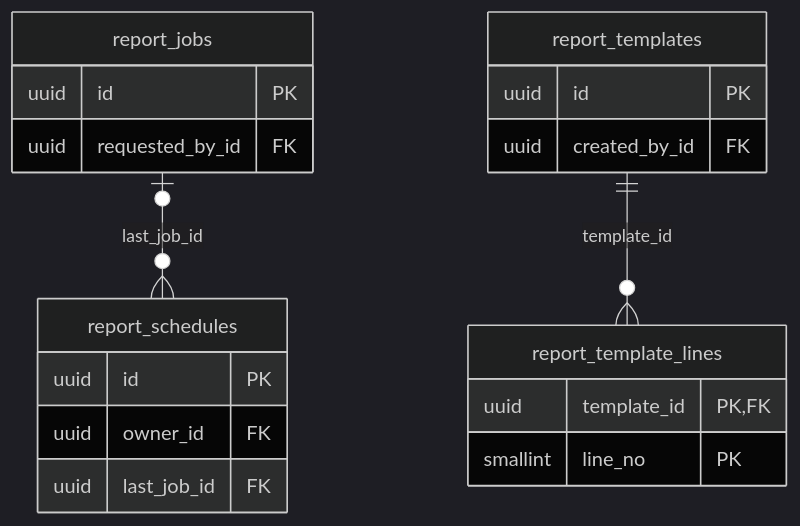
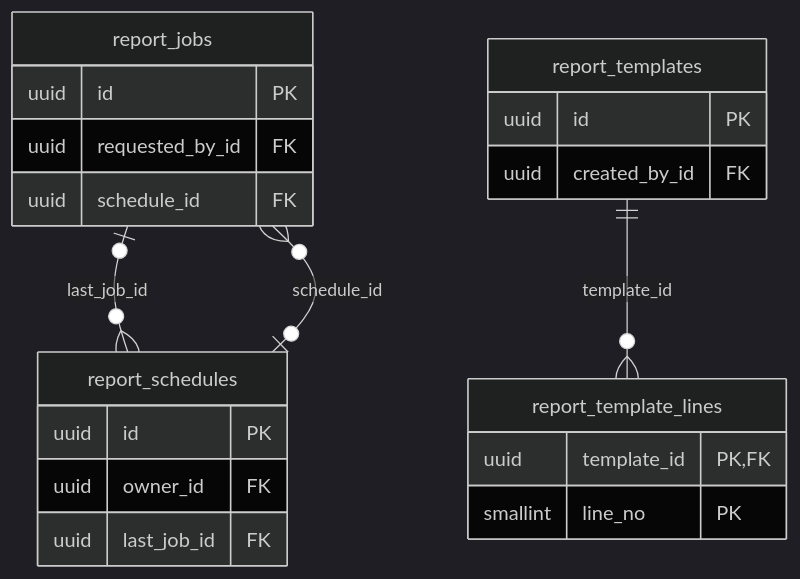
One commit to Glenn74813/fas-mia changed diagram 11 of 15 in docs/04-data-model.md. Above: the diagram before and after it, drawn with Mermaid (dark theme). The commit also changed other lines of this file and 63 other files, not shown here.

````diff
--- a/docs/04-data-model.md
+++ b/docs/04-data-model.md
@@ -784,22 +786,24 @@
 ```mermaid
 erDiagram
     report_jobs {
         uuid id PK
         uuid requested_by_id FK
+        uuid schedule_id FK
     }
     report_schedules {
         uuid id PK
         uuid owner_id FK
         uuid last_job_id FK
     }
     report_template_lines {
         uuid template_id PK,FK
         smallint line_no PK
     }
     report_templates {
         uuid id PK
         uuid created_by_id FK
     }
+    report_schedules |o--o{ report_jobs : "schedule_id"
     report_jobs |o--o{ report_schedules : "last_job_id"
     report_templates ||--o{ report_template_lines : "template_id"
 ```
````
